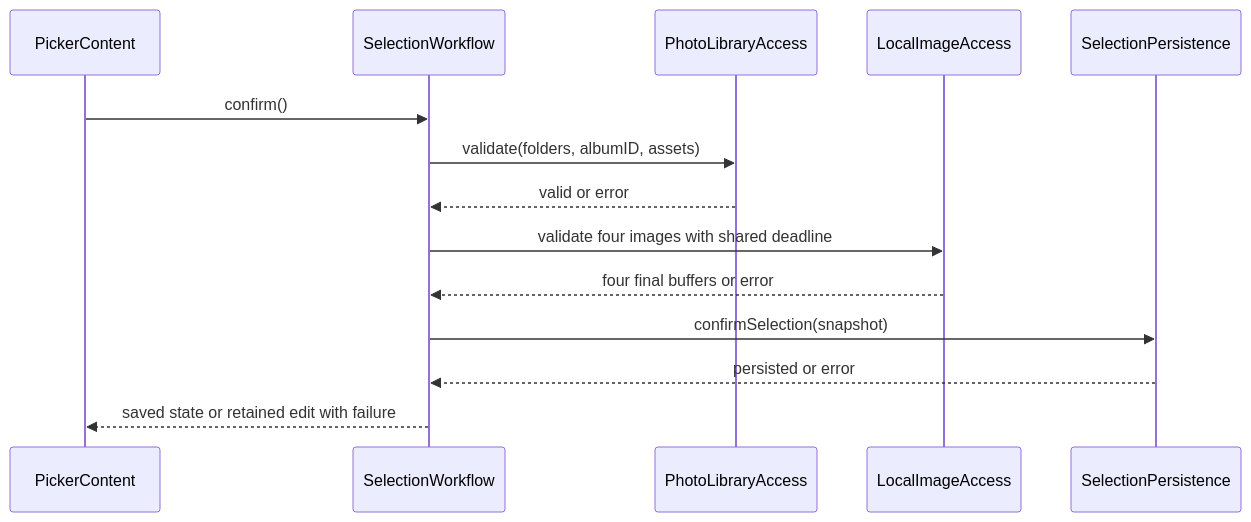
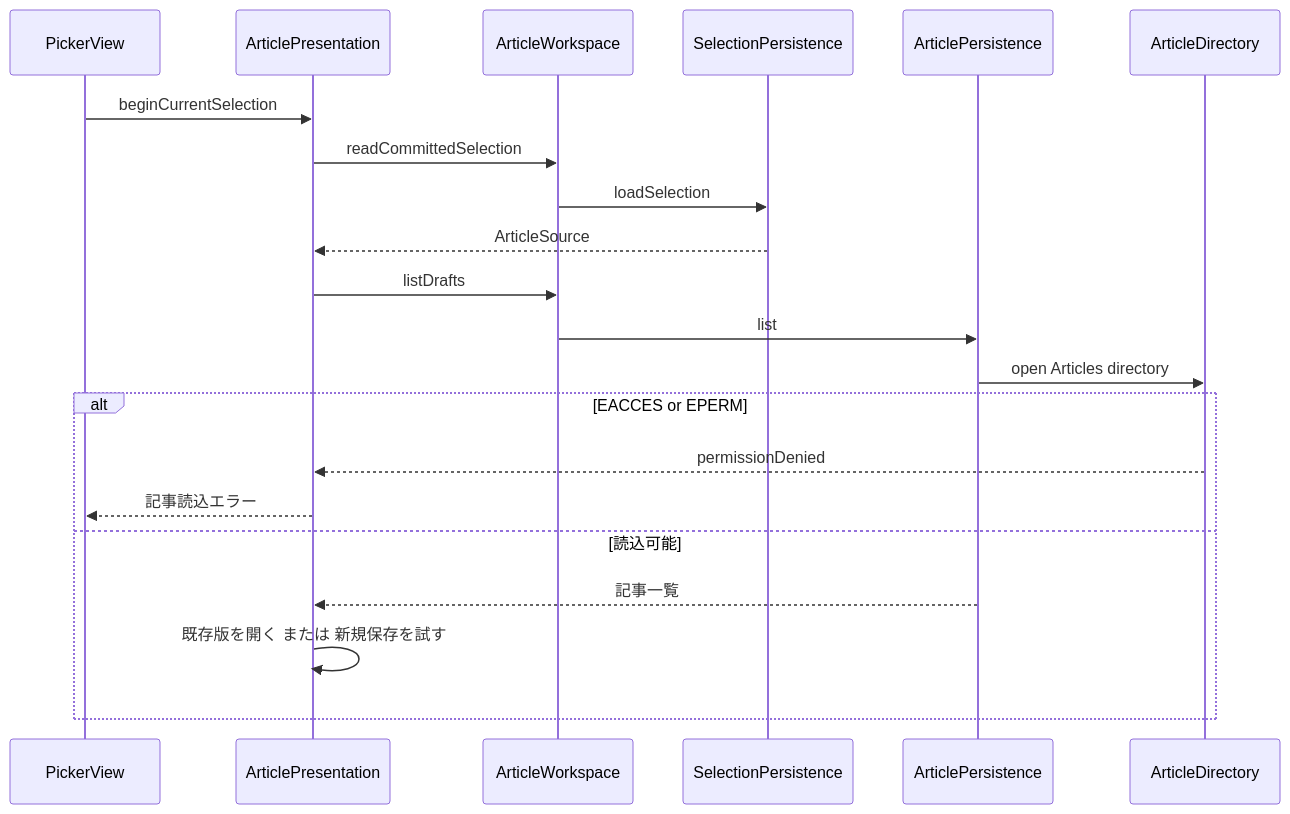
Before and after one commit to yokochie/hitotsuzuri: the second of 2 diagrams in aidlc/spaces/default/codekb/hitotsuzuri/architecture.md, drawn with Mermaid. The commit also changed other lines of this file and 18 other files, not shown here.

Commit message:
Record approved article access fix requirements

````diff
--- a/aidlc/spaces/default/codekb/hitotsuzuri/architecture.md
+++ b/aidlc/spaces/default/codekb/hitotsuzuri/architecture.md
@@ -36,16 +35,23 @@
 ```mermaid
 sequenceDiagram
-  participant UI as PickerContent
-  participant W as SelectionWorkflow
-  participant L as PhotoLibraryAccess
-  participant I as LocalImageAccess
-  participant P as SelectionPersistence
-  UI->>W: confirm()
-  W->>L: validate(folders, albumID, assets)
-  L-->>W: valid or error
-  W->>I: validate four images with shared deadline
-  I-->>W: four final buffers or error
-  W->>P: confirmSelection(snapshot)
-  P-->>W: persisted or error
-  W-->>UI: saved state or retained edit with failure
+    participant UI as PickerView
+    participant P as ArticlePresentation
+    participant W as ArticleWorkspace
+    participant S as SelectionPersistence
+    participant A as ArticlePersistence
+    participant D as ArticleDirectory
+    UI->>P: beginCurrentSelection
+    P->>W: readCommittedSelection
+    W->>S: loadSelection
+    S-->>P: ArticleSource
+    P->>W: listDrafts
+    W->>A: list
+    A->>D: open Articles directory
+    alt EACCES or EPERM
+        D-->>P: permissionDenied
+        P-->>UI: 記事読込エラー
+    else 読込可能
+        A-->>P: 記事一覧
+        P->>P: 既存版を開く または 新規保存を試す
+    end
 ```
````
